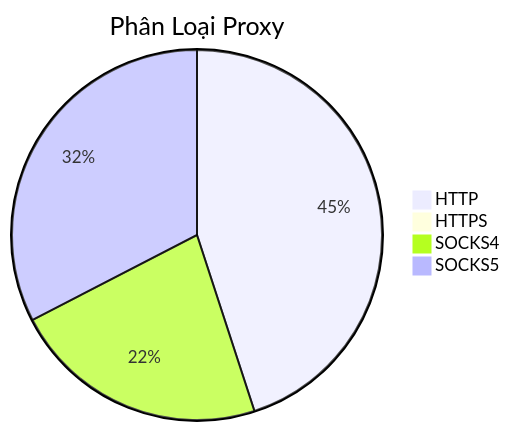
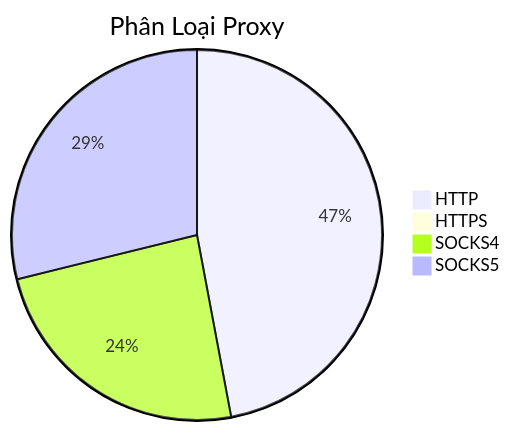
Before and after one commit to Ciara-12/PROXY-free: the diagram in README.md, drawn with Mermaid. The commit also changed other lines of this file and 4 other files, not shown here.

````diff
--- a/README.md
+++ b/README.md
@@ -26,7 +26,7 @@
 ```mermaid
 pie title Phân Loại Proxy
-    "HTTP" : 439
-    "HTTPS" : 3
-    "SOCKS4" : 219
-    "SOCKS5" : 318
+    "HTTP" : 517
+    "HTTPS" : 1
+    "SOCKS4" : 265
+    "SOCKS5" : 317
 ```
````
